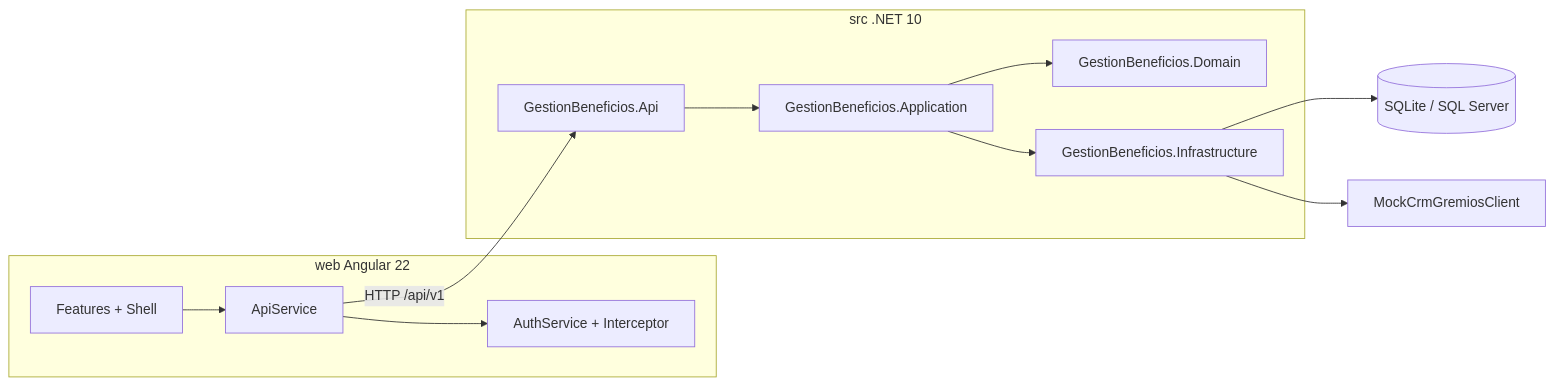
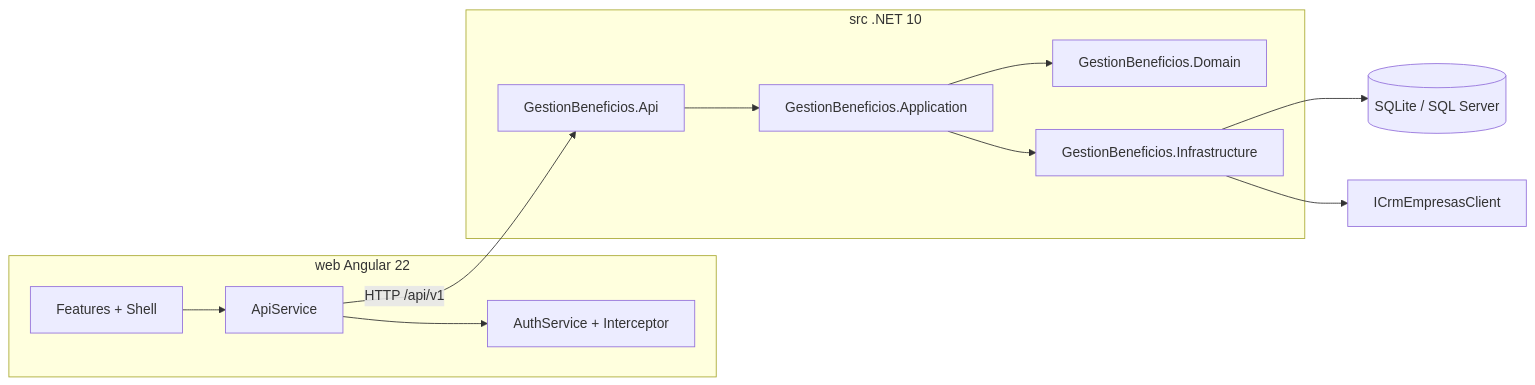
Before and after one commit to RamiroARC/gestion-beneficios-adex: the first of 3 diagrams in docs/ARQUITECTURA.md, drawn with Mermaid. The commit also changed other lines of this file and 38 other files, not shown here.

First line of the commit message:
Integrar CRM de Empresas ADEX y ampliar flujos operativos.

````diff
--- a/docs/ARQUITECTURA.md
+++ b/docs/ARQUITECTURA.md
@@ -21,23 +21,23 @@
 ```mermaid
 flowchart LR
   subgraph frontend [web Angular 22]
     SPA[Features + Shell]
     ApiSvc[ApiService]
     Auth[AuthService + Interceptor]
   end
   subgraph backend [src .NET 10]
     Api[GestionBeneficios.Api]
     App[GestionBeneficios.Application]
     Domain[GestionBeneficios.Domain]
     Infra[GestionBeneficios.Infrastructure]
   end
   DB[(SQLite / SQL Server)]
-  CRM[MockCrmGremiosClient]
+  CRM[ICrmEmpresasClient]
   SPA --> ApiSvc --> Auth
   ApiSvc -->|HTTP /api/v1| Api
   Api --> App
   App --> Domain
   App --> Infra
   Infra --> DB
   Infra --> CRM
 ```
````
